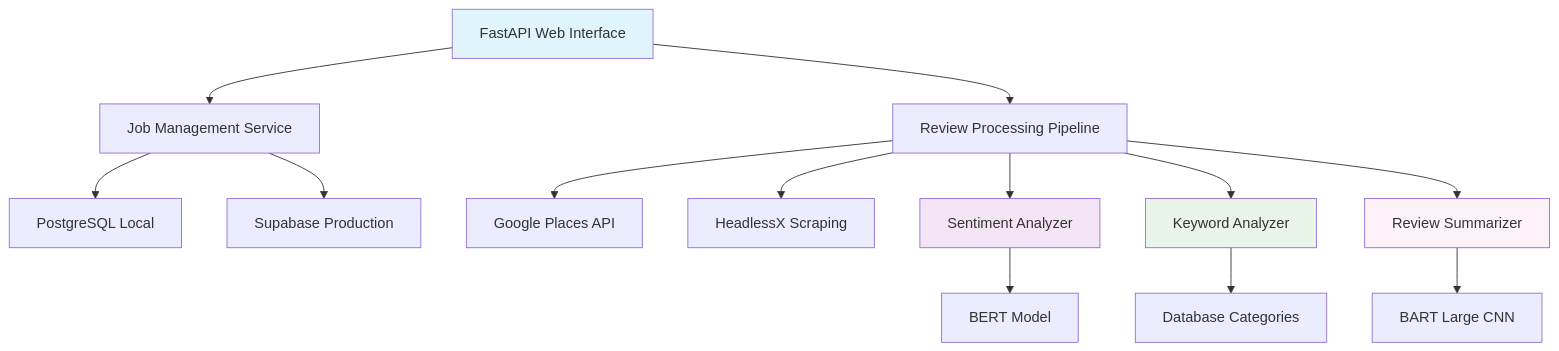
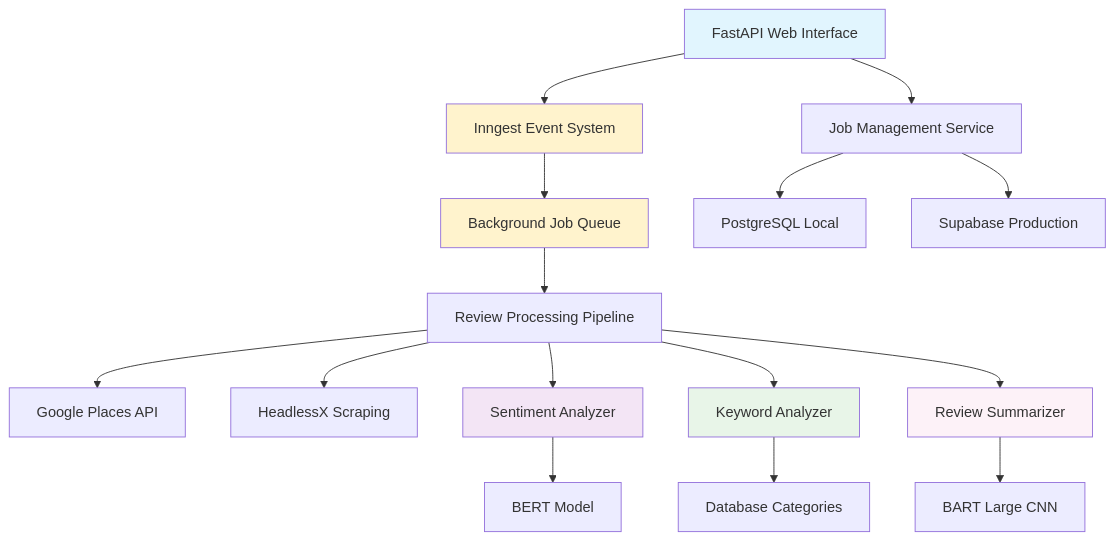
One commit to joakimvivas/opinator changed the diagram in README.md. Above: the diagram before and after it, drawn with Mermaid. The commit also changed other lines of this file and 2 other files, not shown here.

Commit message:
Improved the Readme file and solved the issues with review_id and hash_id

````diff
--- a/README.md
+++ b/README.md
@@ -94,24 +102,29 @@
 ```mermaid
 graph TB
     A[FastAPI Web Interface] --> B[Job Management Service]
-    A --> C[Review Processing Pipeline]
+    A --> N[Inngest Event System]
+
+    N --> O[Background Job Queue]
+    O --> C[Review Processing Pipeline]
 
     B --> D[PostgreSQL Local]
     B --> E[Supabase Production]
 
     C --> F[Google Places API]
     C --> G[HeadlessX Scraping]
 
     C --> H[Sentiment Analyzer]
     C --> I[Keyword Analyzer]
     C --> L[Review Summarizer]
 
     H --> J[BERT Model]
     I --> K[Database Categories]
     L --> M[BART Large CNN]
 
     style A fill:#e1f5fe
+    style N fill:#fff3cd
+    style O fill:#fff3cd
     style H fill:#f3e5f5
     style I fill:#e8f5e8
     style L fill:#fdf2f8
 ```
````
